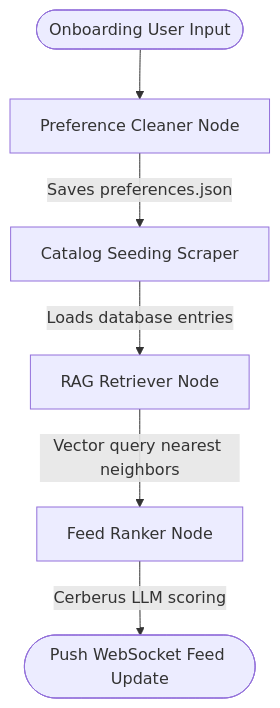
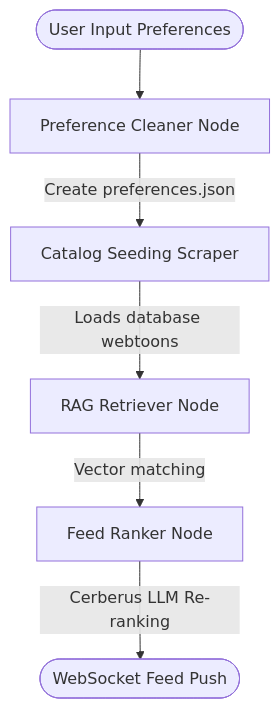
The second of 2 diagrams in README.md (MdSadman20040812/SpellScroll), drawn with Mermaid before and after one commit. The commit also changed other lines of this file and 2 other files, not shown here.

````diff
--- a/README.md
+++ b/README.md
@@ -35,8 +53,8 @@
 ```mermaid
 flowchart TD
-    Start([Onboarding User Input]) --> Node1[Preference Cleaner Node]
-    Node1 -->|Saves preferences.json| Node2[Catalog Seeding Scraper]
-    Node2 -->|Loads database entries| Node3[RAG Retriever Node]
-    Node3 -->|Vector query nearest neighbors| Node4[Feed Ranker Node]
-    Node4 -->|Cerberus LLM scoring| End([Push WebSocket Feed Update])
+    Start([User Input Preferences]) --> Prefs[Preference Cleaner Node]
+    Prefs -->|Create preferences.json| Scraper[Catalog Seeding Scraper]
+    Scraper -->|Loads database webtoons| RAG[RAG Retriever Node]
+    RAG -->|Vector matching| Ranker[Feed Ranker Node]
+    Ranker -->|Cerberus LLM Re-ranking| End([WebSocket Feed Push])
 ```
````
